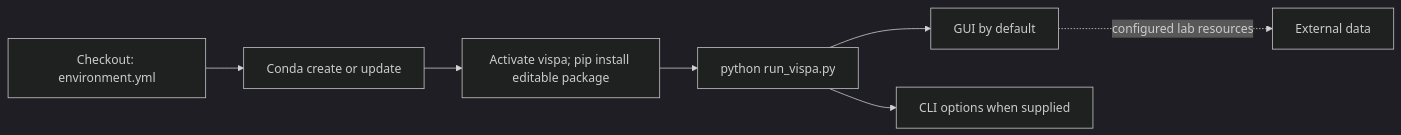
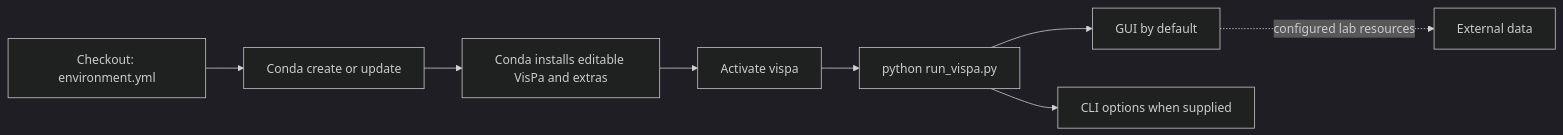
Before and after one commit to bylaikaby/VisPa: the first of 2 diagrams in README.md, drawn with Mermaid (dark theme). The commit also changed other lines of this file and 7 other files, not shown here.

Commit message:
Install VisPa automatically from Conda environment

````diff
--- a/README.md
+++ b/README.md
@@ -53,9 +52,10 @@
 ```mermaid
 flowchart LR
   Y[Checkout: environment.yml] --> C[Conda create or update]
-  C --> P[Activate vispa; pip install editable package]
-  P --> R[python run_vispa.py]
+  C --> P[Conda installs editable VisPa and extras]
+  P --> A[Activate vispa]
+  A --> R[python run_vispa.py]
   R --> G[GUI by default]
   R --> O[CLI options when supplied]
   G -. configured lab resources .-> D[External data]
 ```
````
